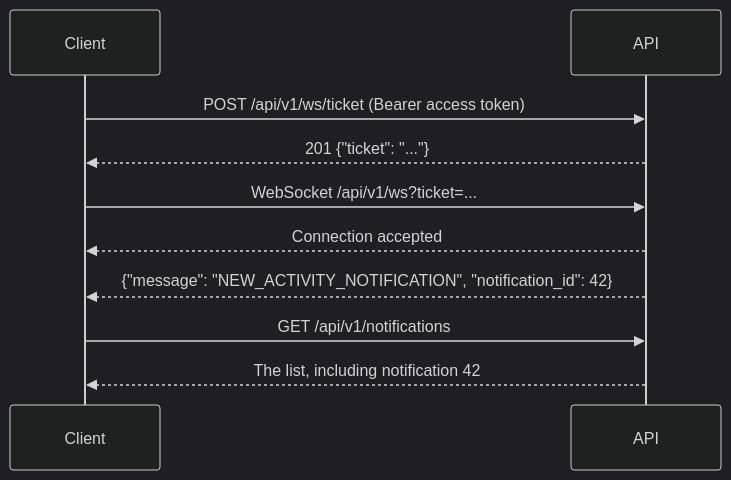
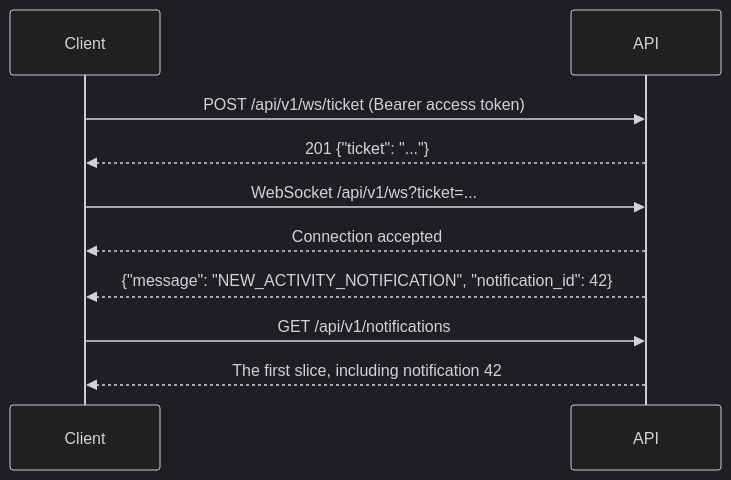
Before and after one commit to endurain-project/endurain: the first of 2 diagrams in docs/integrate/realtime.md, drawn with Mermaid (dark theme). The commit also changed other lines of this file and 21 other files, not shown here.

First line of the commit message:
feat(notifications)!: page the notification list by cursor

````diff
--- a/docs/integrate/realtime.md
+++ b/docs/integrate/realtime.md
@@ -11,12 +11,12 @@
 ```mermaid
 sequenceDiagram
     participant C as Client
     participant API
     C->>API: POST /api/v1/ws/ticket (Bearer access token)
     API-->>C: 201 {"ticket": "..."}
     C->>API: WebSocket /api/v1/ws?ticket=...
     API-->>C: Connection accepted
     API-->>C: {"message": "NEW_ACTIVITY_NOTIFICATION", "notification_id": 42}
     C->>API: GET /api/v1/notifications
-    API-->>C: The list, including notification 42
+    API-->>C: The first slice, including notification 42
 ```
````
